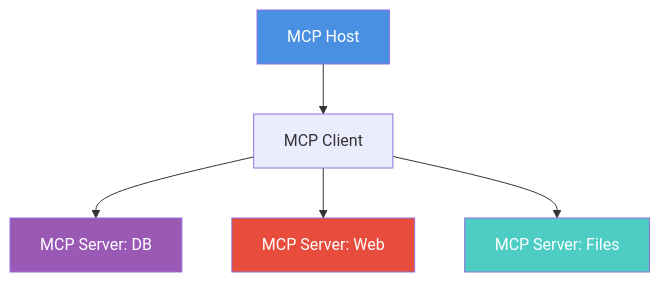
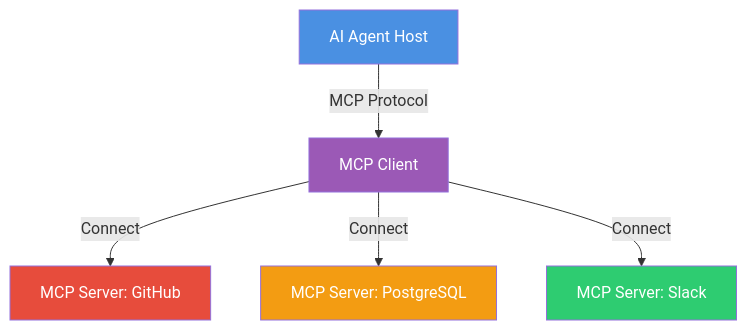
Before and after one commit to RACPSC2025/Professional-AI-Agent-Developer-Course-v1.0: the diagram in module4/README.md, drawn with Mermaid. The commit also changed other lines of this file and 8 other files, not shown here.

````diff
--- a/module4/README.md
+++ b/module4/README.md
@@ -65,12 +29,13 @@
 ```mermaid
 graph TB
-    A[MCP Host] --> B[MCP Client]
-    B --> C[MCP Server: DB]
-    B --> D[MCP Server: Web]
-    B --> E[MCP Server: Files]
+    A[AI Agent Host] -->|MCP Protocol| B[MCP Client]
+    B -->|Connect| C[MCP Server: GitHub]
+    B -->|Connect| D[MCP Server: PostgreSQL]
+    B -->|Connect| E[MCP Server: Slack]
     
     style A fill:#4A90E2,color:#fff
-    style C fill:#9B59B6,color:#fff
-    style D fill:#E74C3C,color:#fff
-    style E fill:#4ECDC4,color:#fff
+    style B fill:#9B59B6,color:#fff
+    style C fill:#E74C3C,color:#fff
+    style D fill:#F39C12,color:#fff
+    style E fill:#2ECC71,color:#fff
 ```
````
